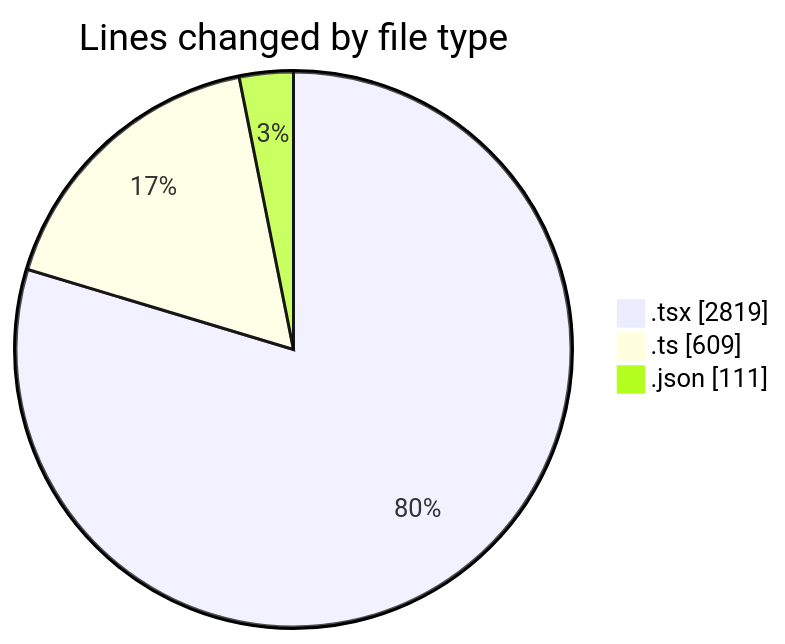
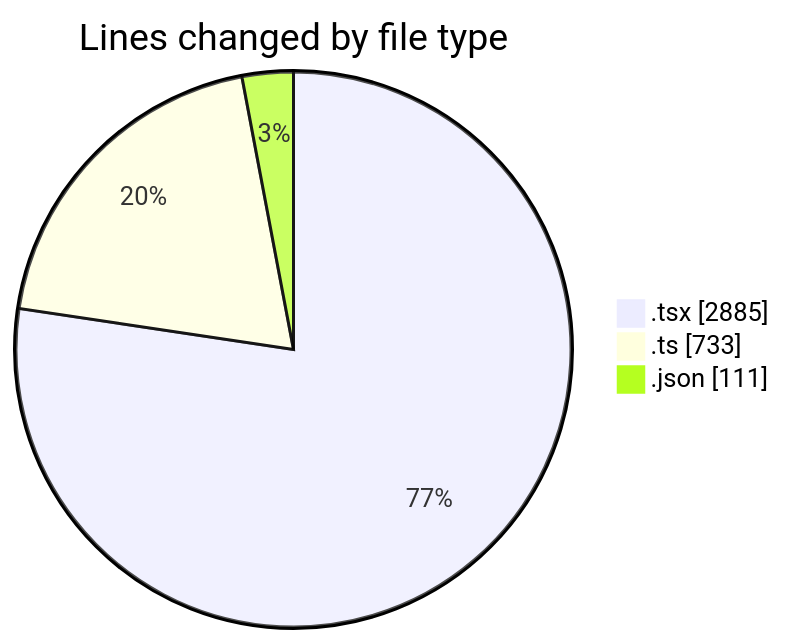
Before and after one commit to julien-gomy/code-tracking: the first of 2 diagrams in 2025-11-08/eventscop-frontend-guide__workspace_/README.md, drawn with Mermaid. The commit also changed other lines of this file and 1 other file, not shown here.

````diff
--- a/2025-11-08/eventscop-frontend-guide__workspace_/README.md
+++ b/2025-11-08/eventscop-frontend-guide__workspace_/README.md
@@ -48,7 +51,7 @@
 ```mermaid
 pie showData
 title Lines changed by file type
-".tsx" : 2819
-".ts" : 609
+".tsx" : 2885
+".ts" : 733
 ".json" : 111
 ```
````
